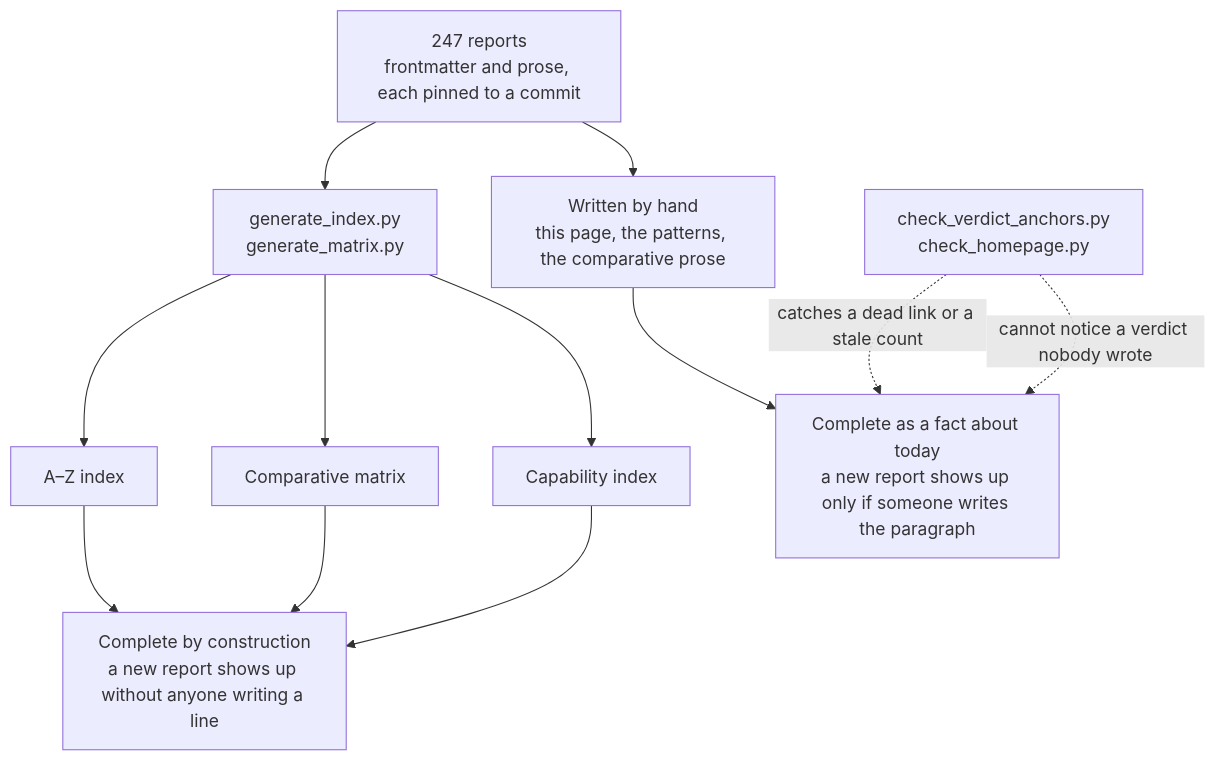
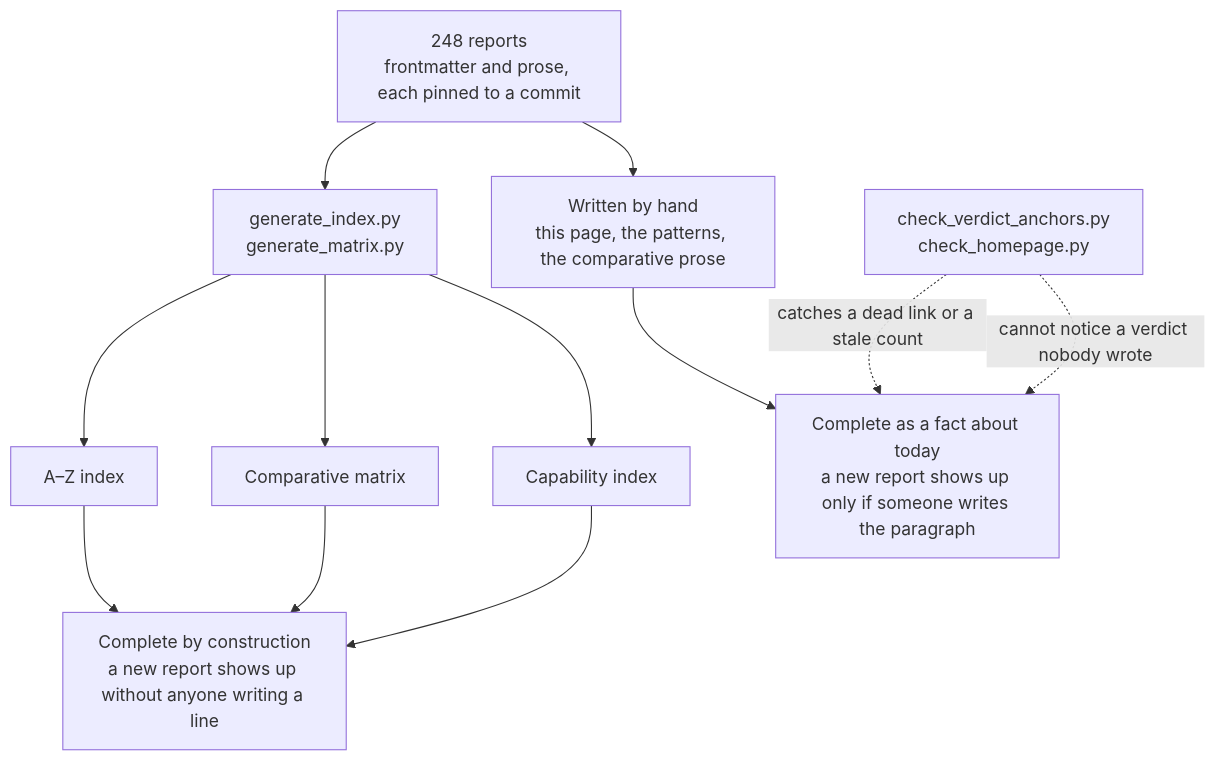
Before and after one commit to neoneye/agent-memory-atlas: the diagram in content/verdicts.md, drawn with Mermaid. The commit also changed other lines of this file and 19 other files, not shown here.

````diff
--- a/content/verdicts.md
+++ b/content/verdicts.md
@@ -40,15 +40,15 @@
 ```mermaid
 flowchart TD
-    R["247 reports<br/>frontmatter and prose, each pinned to a commit"]
+    R["248 reports<br/>frontmatter and prose, each pinned to a commit"]
     R --> GEN["generate_index.py<br/>generate_matrix.py"]
     R --> HAND["Written by hand<br/>this page, the patterns, the comparative prose"]
     GEN --> AZ["A–Z index"]
     GEN --> MX["Comparative matrix"]
     GEN --> CI["Capability index"]
     AZ --> CONST["Complete by construction<br/>a new report shows up without anyone writing a line"]
     MX --> CONST
     CI --> CONST
     HAND --> TODAY["Complete as a fact about today<br/>a new report shows up only if someone writes the paragraph"]
     CHK["check_verdict_anchors.py<br/>check_homepage.py"] -.->|"catches a dead link or a stale count"| TODAY
     CHK -.->|"cannot notice a verdict nobody wrote"| TODAY
 ```
````
